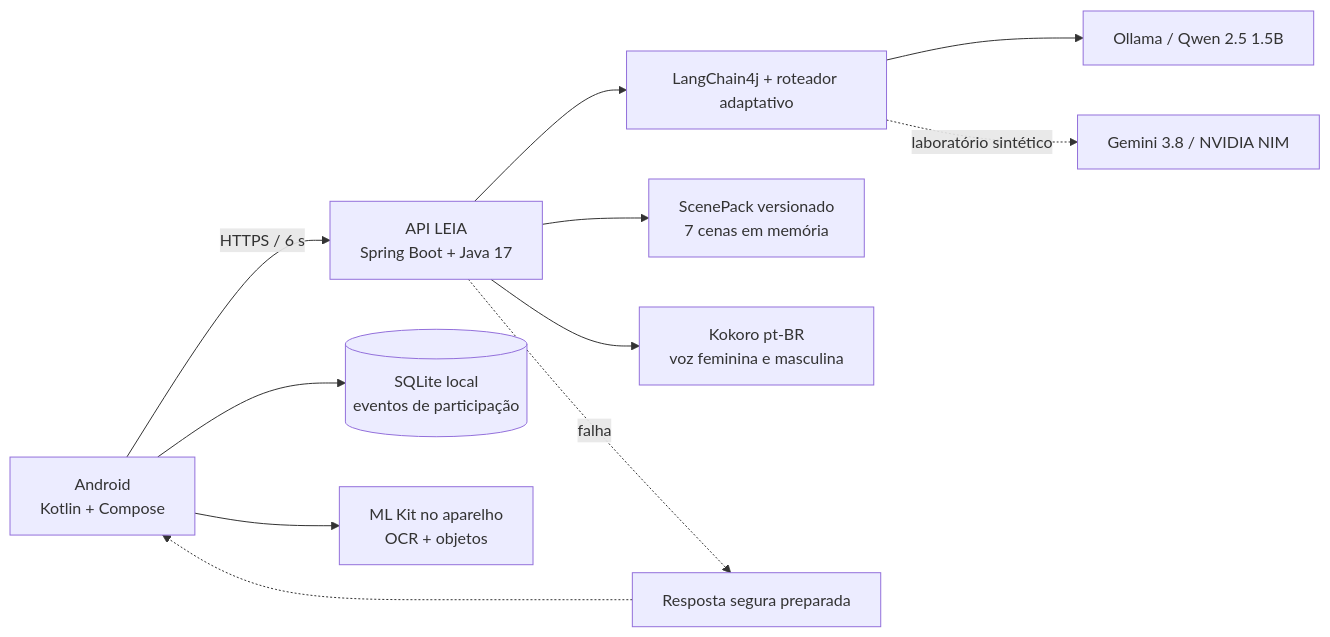
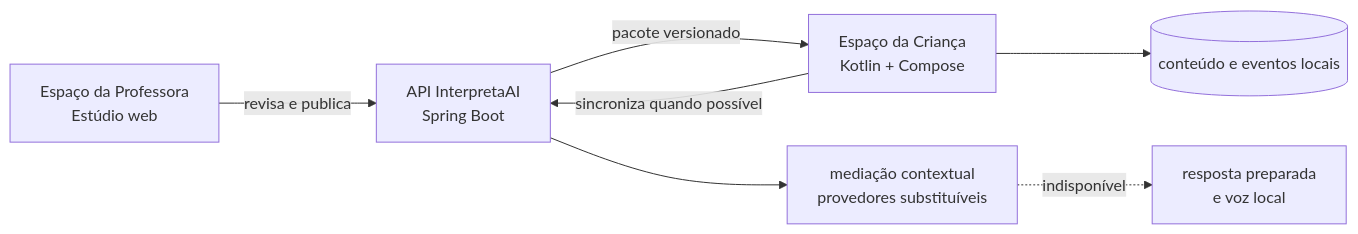
Before and after one commit to Victorzinn704/InterpretaAI: the diagram in README.md, drawn with Mermaid. The commit also changed other lines of this file and 1 other file, not shown here.

````diff
--- a/README.md
+++ b/README.md
@@ -218,13 +172,9 @@
 ```mermaid
 flowchart LR
-    A[Android\nKotlin + Compose] -->|HTTPS / 6 s| B[API LEIA\nSpring Boot + Java 17]
-    A --> C[(SQLite local\neventos de participação)]
-    A --> D[ML Kit no aparelho\nOCR + objetos]
-    B --> E[LangChain4j + roteador adaptativo]
-    B --> J[ScenePack versionado\n7 cenas em memória]
-    E --> F[Ollama / Qwen 2.5 1.5B]
-    E -. laboratório sintético .-> I[Gemini 3.8 / NVIDIA NIM]
-    B --> G[Kokoro pt-BR\nvoz feminina e masculina]
-    B -. falha .-> H[Resposta segura preparada]
-    H -.-> A
+    P[Espaço da Professora\nEstúdio web] -->|revisa e publica| B[API InterpretaAI\nSpring Boot]
+    B -->|pacote versionado| A[Espaço da Criança\nKotlin + Compose]
+    A --> L[(conteúdo e eventos locais)]
+    A -->|sincroniza quando possível| B
+    B --> M[mediação contextual\nprovedores substituíveis]
+    M -. indisponível .-> F[resposta preparada\ne voz local]
 ```
````
